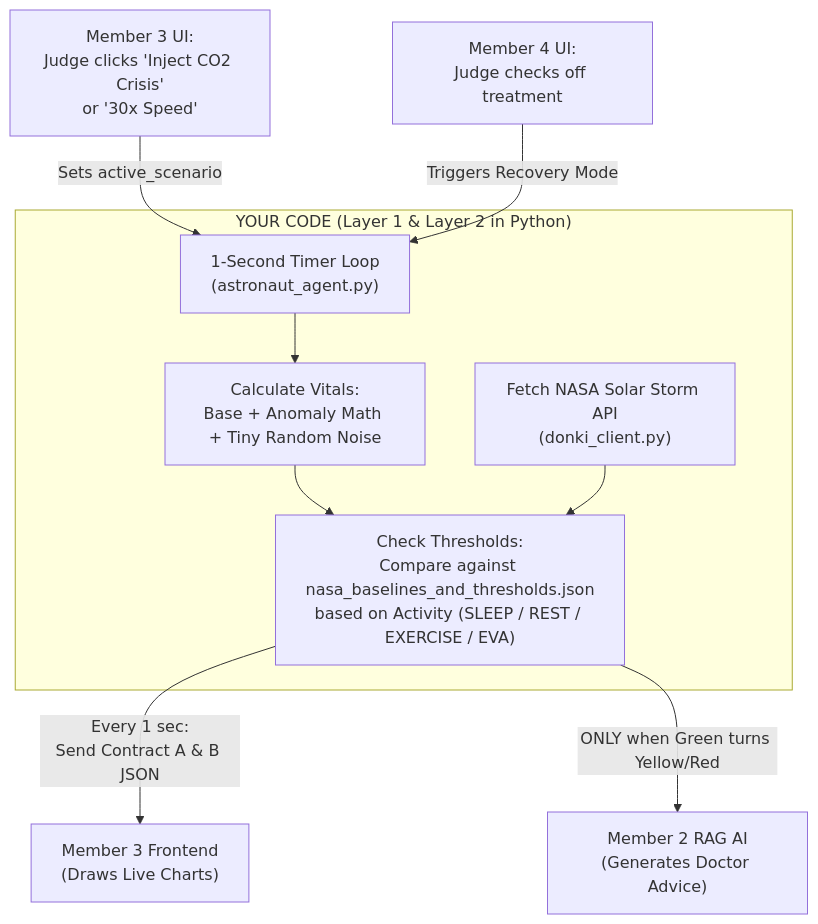
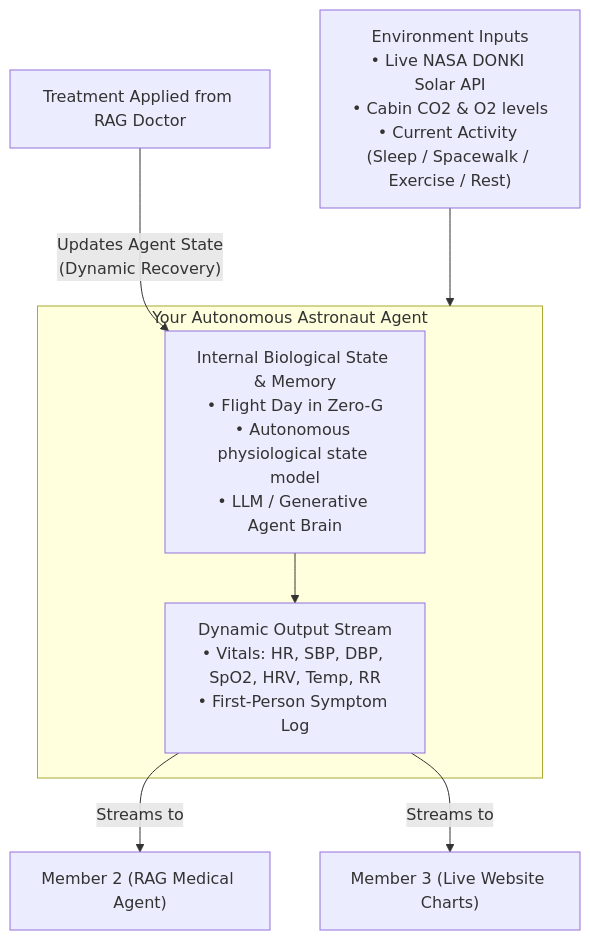
One commit to tuplahda/nasa-space-apps-2026-planning changed the diagram in team-guides/MEMBER-1-GUIDE.md. Above: the diagram before and after it, drawn with Mermaid. The commit also changed other lines of this file and 12 other files, not shown here.

Commit message:
Simplify repo to clean Multi-Agent Plan (Astronaut Agent + RAG Doctor Agent + 4 Member Guides)

````diff
--- a/team-guides/MEMBER-1-GUIDE.md
+++ b/team-guides/MEMBER-1-GUIDE.md
@@ -11,18 +10,14 @@
 ```mermaid
 flowchart TD
-    BTN["Member 3 UI:<br/>Judge clicks 'Inject CO2 Crisis'<br/>or '30x Speed'"] -->|"Sets active_scenario"| LOOP
+    ENV["Environment Inputs<br/>• Live NASA DONKI Solar API<br/>• Cabin CO2 & O2 levels<br/>• Current Activity (Sleep / Spacewalk / Exercise / Rest)"] --> AGENT
 
-    subgraph YOUR_CODE["YOUR CODE (Layer 1 & Layer 2 in Python)"]
-        LOOP["1-Second Timer Loop<br/>(astronaut_agent.py)"]
-        MATH["Calculate Vitals:<br/>Base + Anomaly Math + Tiny Random Noise"]
-        CHECK["Check Thresholds:<br/>Compare against nasa_baselines_and_thresholds.json<br/>based on Activity (SLEEP / REST / EXERCISE / EVA)"]
-        DONKI["Fetch NASA Solar Storm API<br/>(donki_client.py)"]
-        
-        LOOP --> MATH --> CHECK
-        DONKI --> CHECK
+    subgraph AGENT["Your Autonomous Astronaut Agent"]
+        STATE["Internal Biological State & Memory<br/>• Flight Day in Zero-G<br/>• Autonomous physiological state model<br/>• LLM / Generative Agent Brain"]
+        OUT["Dynamic Output Stream<br/>• Vitals: HR, SBP, DBP, SpO2, HRV, Temp, RR<br/>• First-Person Symptom Log"]
+        STATE --> OUT
     end
 
-    CHECK -->|"Every 1 sec:<br/>Send Contract A & B JSON"| M3["Member 3 Frontend<br/>(Draws Live Charts)"]
-    CHECK -->|"ONLY when Green turns Yellow/Red"| M2["Member 2 RAG AI<br/>(Generates Doctor Advice)"]
-    M4["Member 4 UI:<br/>Judge checks off treatment"] -->|"Triggers Recovery Mode"| LOOP
+    OUT -->|"Streams to"| M2["Member 2 (RAG Medical Agent)"]
+    OUT -->|"Streams to"| M3["Member 3 (Live Website Charts)"]
+    M4["Treatment Applied from RAG Doctor"] -->|"Updates Agent State<br/>(Dynamic Recovery)"| STATE
 ```
````
